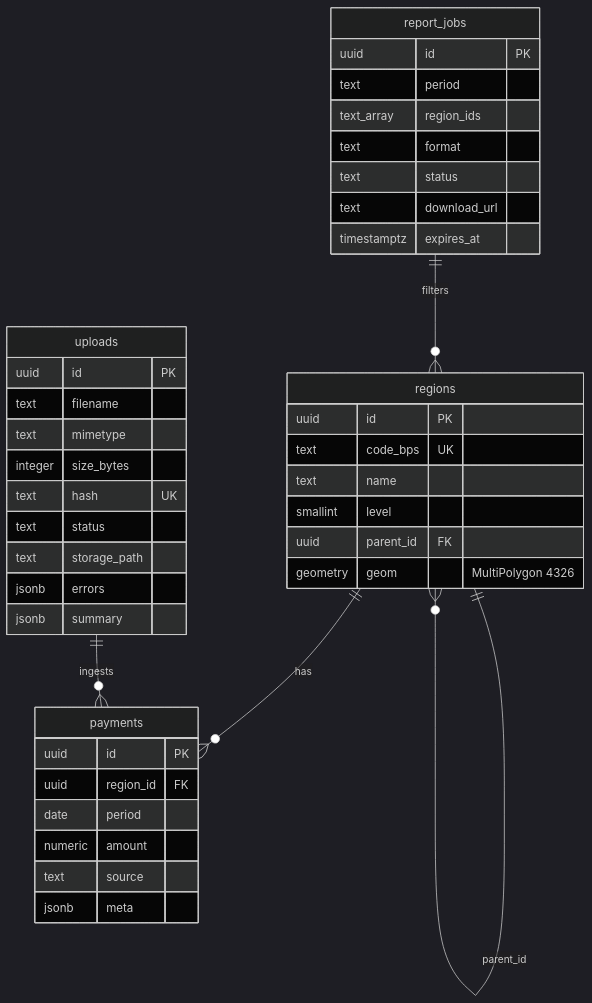
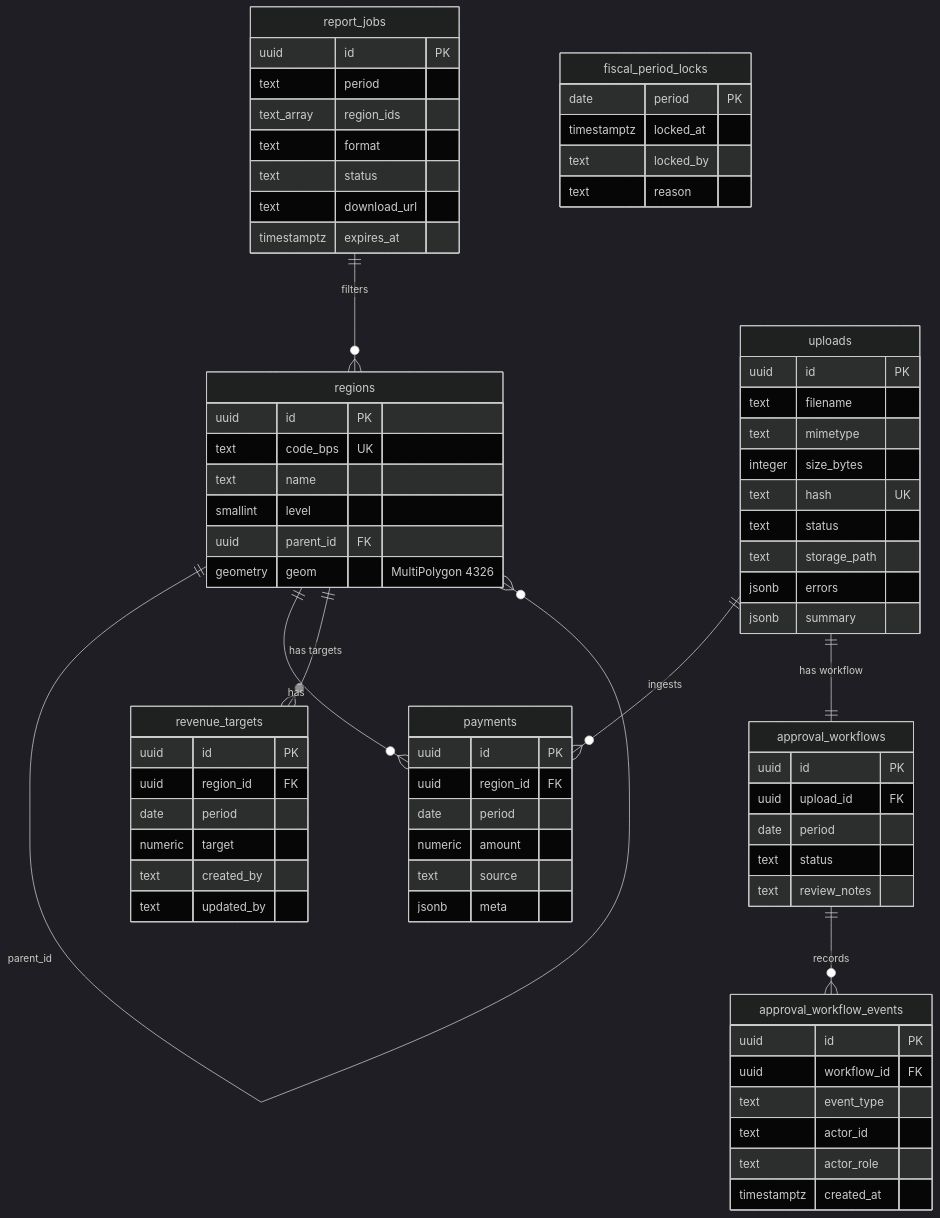
The second of 4 diagrams in docs/ARCHITECTURE.md (noah-isme/petakeu), drawn with Mermaid (dark theme) before and after one commit. The commit also changed other lines of this file and 52 other files, not shown here.

Commit message:
feat: add analytics governance and observability roadmap

````diff
--- a/docs/ARCHITECTURE.md
+++ b/docs/ARCHITECTURE.md
@@ -151,6 +156,9 @@
     regions ||--o{ payments : "has"
     uploads ||--o{ payments : "ingests"
     report_jobs ||--o{ regions : "filters"
+    regions ||--o{ revenue_targets : "has targets"
+    uploads ||--|| approval_workflows : "has workflow"
+    approval_workflows ||--o{ approval_workflow_events : "records"
 
     regions {
         uuid id PK
@@ -191,4 +199,37 @@
         text download_url
         timestamptz expires_at
     }
+
+    revenue_targets {
+        uuid id PK
+        uuid region_id FK
+        date period
+        numeric target
+        text created_by
+        text updated_by
+    }
+
+    approval_workflows {
+        uuid id PK
+        uuid upload_id FK
+        date period
+        text status
+        text review_notes
+    }
+
+    approval_workflow_events {
+        uuid id PK
+        uuid workflow_id FK
+        text event_type
+        text actor_id
+        text actor_role
+        timestamptz created_at
+    }
+
+    fiscal_period_locks {
+        date period PK
+        timestamptz locked_at
+        text locked_by
+        text reason
+    }
 ```
````
